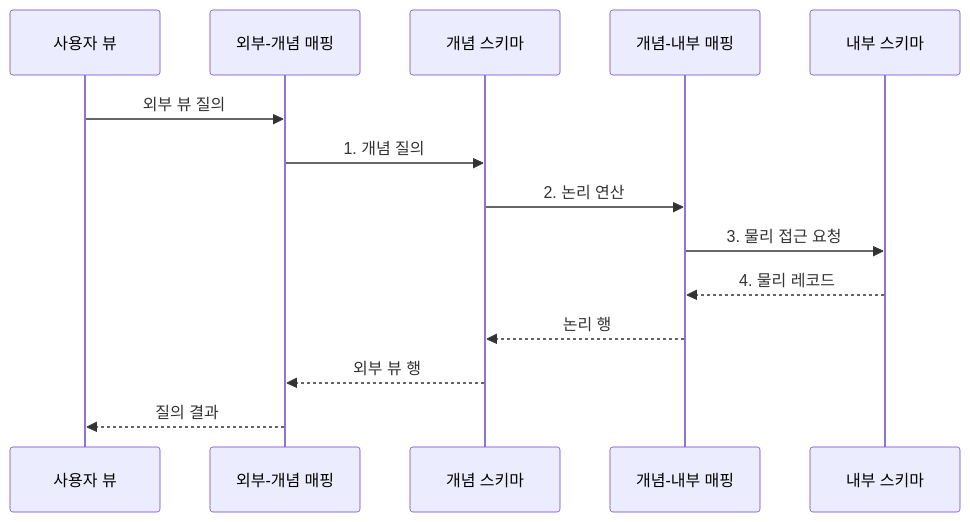
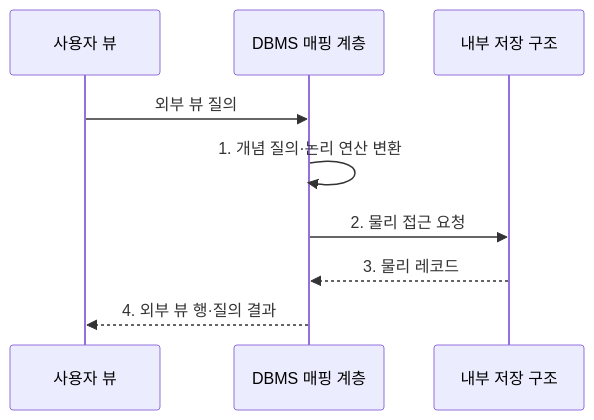
Before and after one commit to agnusdei1207/knowledge-base: the second of 2 diagrams in src/content/docs/notes/03-software/112_three_level_schema.md, drawn with Mermaid. The commit also changed other lines of this file and 5 other files, not shown here.

Commit message:
Focus data platform diagrams

````diff
--- a/src/content/docs/notes/03-software/112_three_level_schema.md
+++ b/src/content/docs/notes/03-software/112_three_level_schema.md
@@ -96,16 +96,11 @@
 ```mermaid
 sequenceDiagram
     participant U as 사용자 뷰
-    participant E as 외부-개념 매핑
-    participant C as 개념 스키마
-    participant I as 개념-내부 매핑
-    participant S as 내부 스키마
-    U->>E: 외부 뷰 질의
-    E->>C: 1. 개념 질의
-    C->>I: 2. 논리 연산
-    I->>S: 3. 물리 접근 요청
-    S-->>I: 4. 물리 레코드
-    I-->>C: 논리 행
-    C-->>E: 외부 뷰 행
-    E-->>U: 질의 결과
+    participant D as DBMS 매핑 계층
+    participant S as 내부 저장 구조
+    U->>D: 외부 뷰 질의
+    D->>D: 1. 개념 질의·논리 연산 변환
+    D->>S: 2. 물리 접근 요청
+    S-->>D: 3. 물리 레코드
+    D-->>U: 4. 외부 뷰 행·질의 결과
 ```
````
